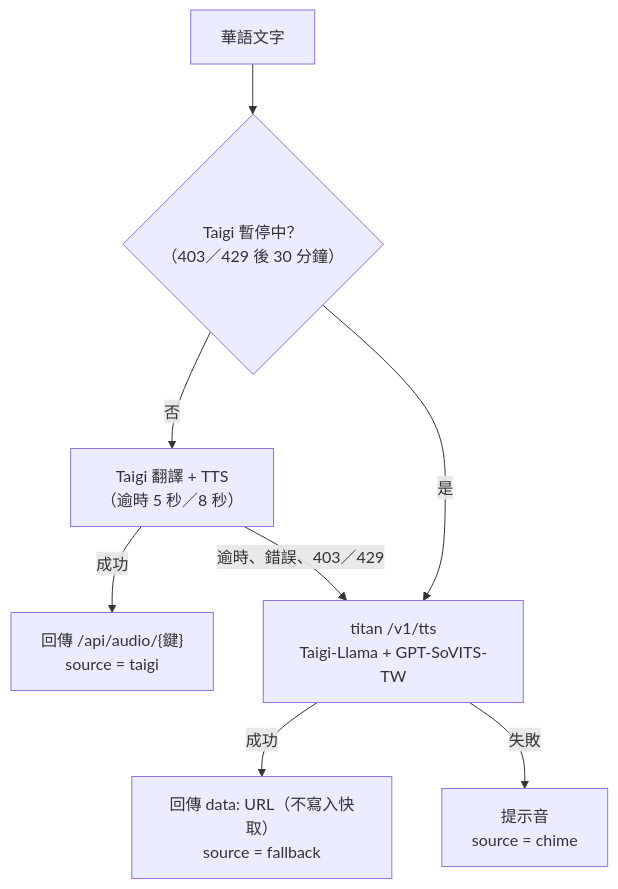
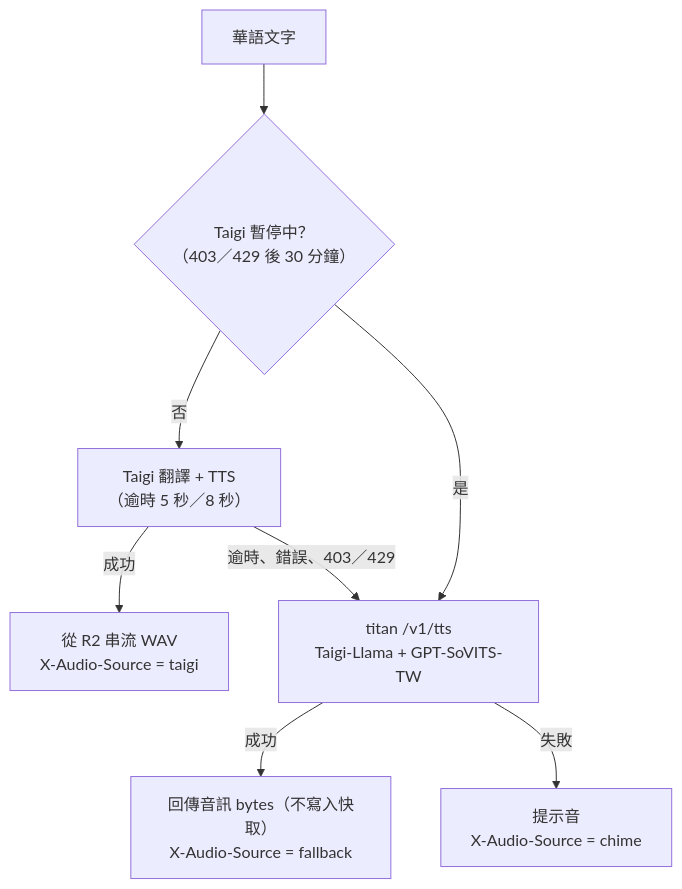
One commit to HsuChen88/ama-and-nurse changed the fourth of 4 diagrams in README.md. Above: the diagram before and after it, drawn with Mermaid. The commit also changed other lines of this file and 2 other files, not shown here.

Commit message:
docs: define progressive speech API flow

````diff
--- a/README.md
+++ b/README.md
@@ -146,10 +150,10 @@
 ```mermaid
 flowchart TD
     Start["華語文字"] --> Paused{"Taigi 暫停中？<br/>（403／429 後 30 分鐘）"}
     Paused -- 否 --> Taigi["Taigi 翻譯 + TTS<br/>（逾時 5 秒／8 秒）"]
-    Taigi -- 成功 --> Cached["回傳 /api/audio/{鍵}<br/>source = taigi"]
+    Taigi -- 成功 --> Cached["從 R2 串流 WAV<br/>X-Audio-Source = taigi"]
     Taigi -- "逾時、錯誤、403／429" --> Fallback
     Paused -- 是 --> Fallback["titan /v1/tts<br/>Taigi-Llama + GPT-SoVITS-TW"]
-    Fallback -- 成功 --> Inline["回傳 data: URL（不寫入快取）<br/>source = fallback"]
-    Fallback -- 失敗 --> Chime["提示音<br/>source = chime"]
+    Fallback -- 成功 --> Inline["回傳音訊 bytes（不寫入快取）<br/>X-Audio-Source = fallback"]
+    Fallback -- 失敗 --> Chime["提示音<br/>X-Audio-Source = chime"]
 ```
````
